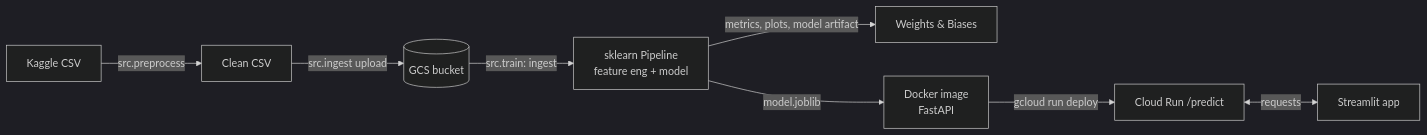
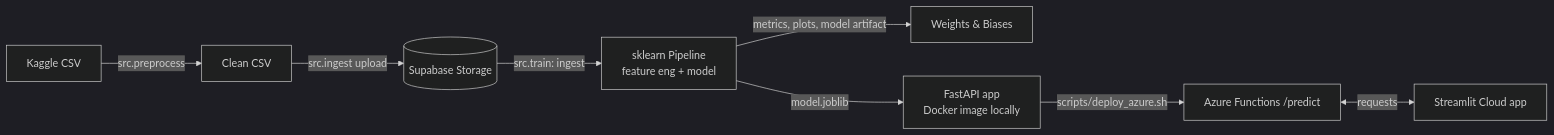
The diagram in README.md (debshreechowdhury/hotel-cancellation-mlops), drawn with Mermaid (dark theme) before and after one commit. The commit also changed other lines of this file and 19 other files, not shown here.

First line of the commit message:
Switch to free-tier cloud: Supabase Storage for data, Azure Functions for the API

````diff
--- a/README.md
+++ b/README.md
@@ -27,10 +27,10 @@
 ```mermaid
 flowchart LR
     K[Kaggle CSV] -->|src.preprocess| C[Clean CSV]
-    C -->|src.ingest upload| G[(GCS bucket)]
+    C -->|src.ingest upload| G[(Supabase Storage)]
     G -->|src.train: ingest| P[sklearn Pipeline<br/>feature eng + model]
     P -->|metrics, plots, model artifact| W[Weights & Biases]
-    P -->|model.joblib| D[Docker image<br/>FastAPI]
-    D -->|gcloud run deploy| R[Cloud Run /predict]
-    R <-->|requests| S[Streamlit app]
+    P -->|model.joblib| D[FastAPI app<br/>Docker image locally]
+    D -->|scripts/deploy_azure.sh| R[Azure Functions /predict]
+    R <-->|requests| S[Streamlit Cloud app]
 ```
````
